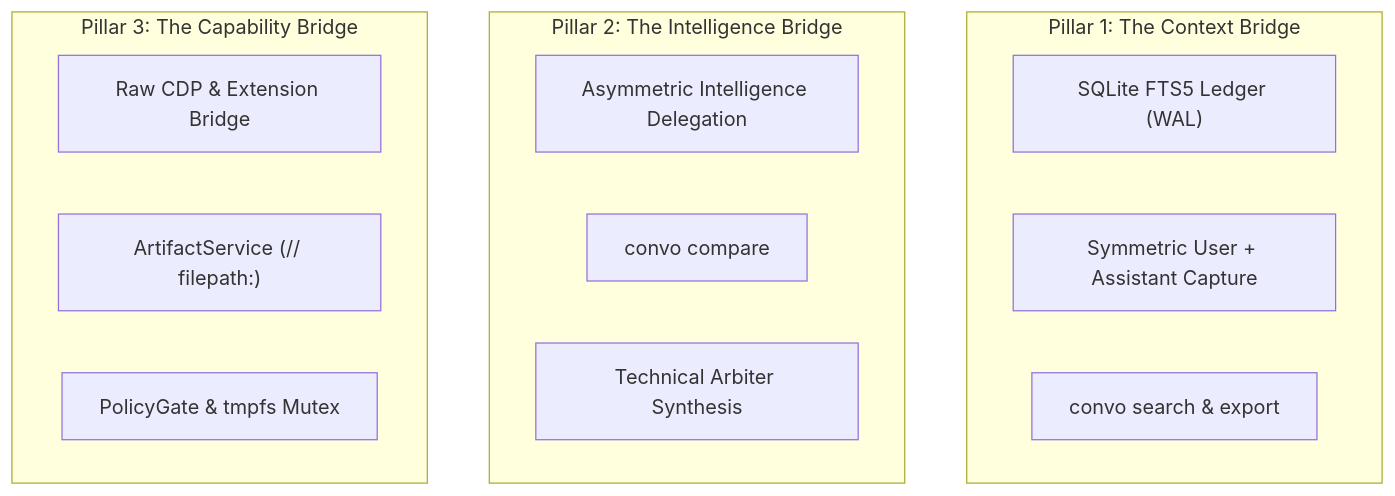
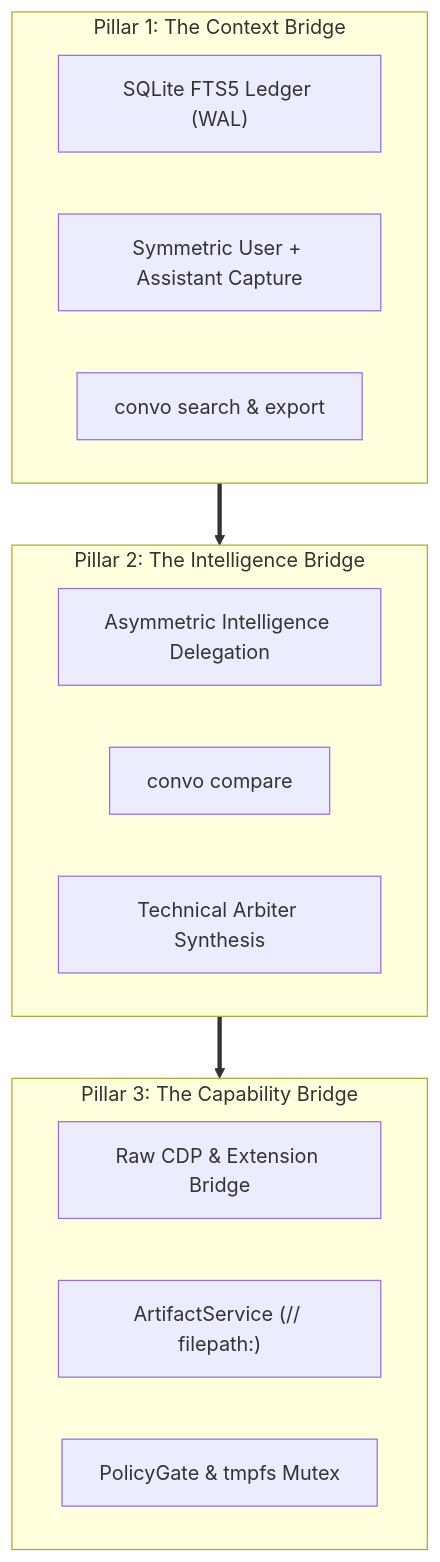
The diagram in website/src/content/docs/architecture/three-pillars.mdx (0xTanzim/convolink), drawn with Mermaid before and after one commit. The commit also changed 8 other files, not shown here.

Commit message:
fix(docs): resolve MDX AST byte-shift corruption and add native client-side Mermaid rendering

````diff
--- a/website/src/content/docs/architecture/three-pillars.mdx
+++ b/website/src/content/docs/architecture/three-pillars.mdx
@@ -10,20 +10,22 @@
 ```mermaid
 flowchart TD
     subgraph P1 ["Pillar 1: The Context Bridge"]
         Ledger["SQLite FTS5 Ledger (WAL)"]
         Symmetric["Symmetric User + Assistant Capture"]
         Search["convo search & export"]
     end
 
     subgraph P2 ["Pillar 2: The Intelligence Bridge"]
         Delegation["Asymmetric Intelligence Delegation"]
         Compare["convo compare"]
         Arbiter["Technical Arbiter Synthesis"]
     end
 
     subgraph P3 ["Pillar 3: The Capability Bridge"]
         Transports["Raw CDP & Extension Bridge"]
         Artifacts["ArtifactService (// filepath:)"]
         Safety["PolicyGate & tmpfs Mutex"]
     end
+
+    P1 ==> P2 ==> P3
 ```
````
